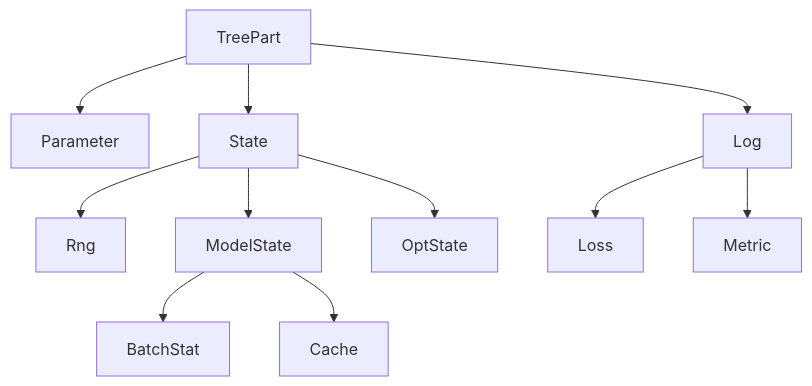
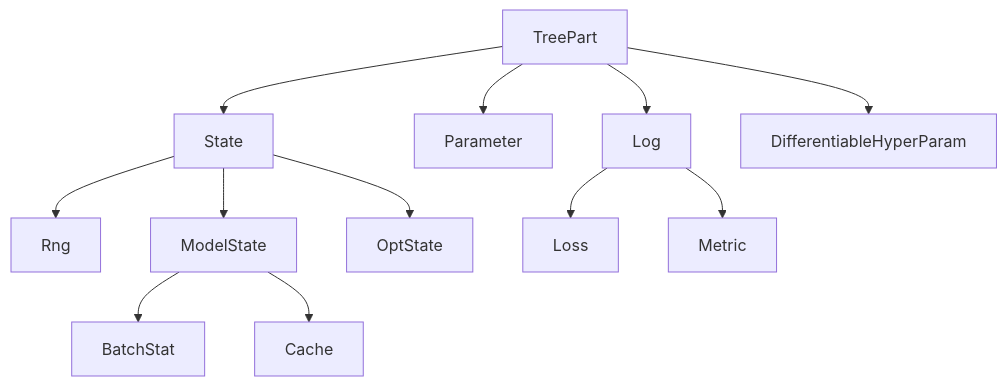
One commit to cgarciae/treex changed the diagram in README.md. Above: the diagram before and after it, drawn with Mermaid. The commit also changed other lines of this file and 1 other file, not shown here.

Commit message:
update graph

````diff
--- a/README.md
+++ b/README.md
@@ -436,13 +436,14 @@
 ```mermaid
 graph TD;
+    TreePart-->State;
     TreePart-->Parameter;
-    TreePart-->State;
     State-->Rng;
     State-->ModelState;
+    State-->OptState;
     ModelState-->BatchStat;
     ModelState-->Cache;
     TreePart-->Log;
     Log-->Loss;
     Log-->Metric;
-    State-->OptState;
+    TreePart-->DifferentiableHyperParam;
 ```
````
